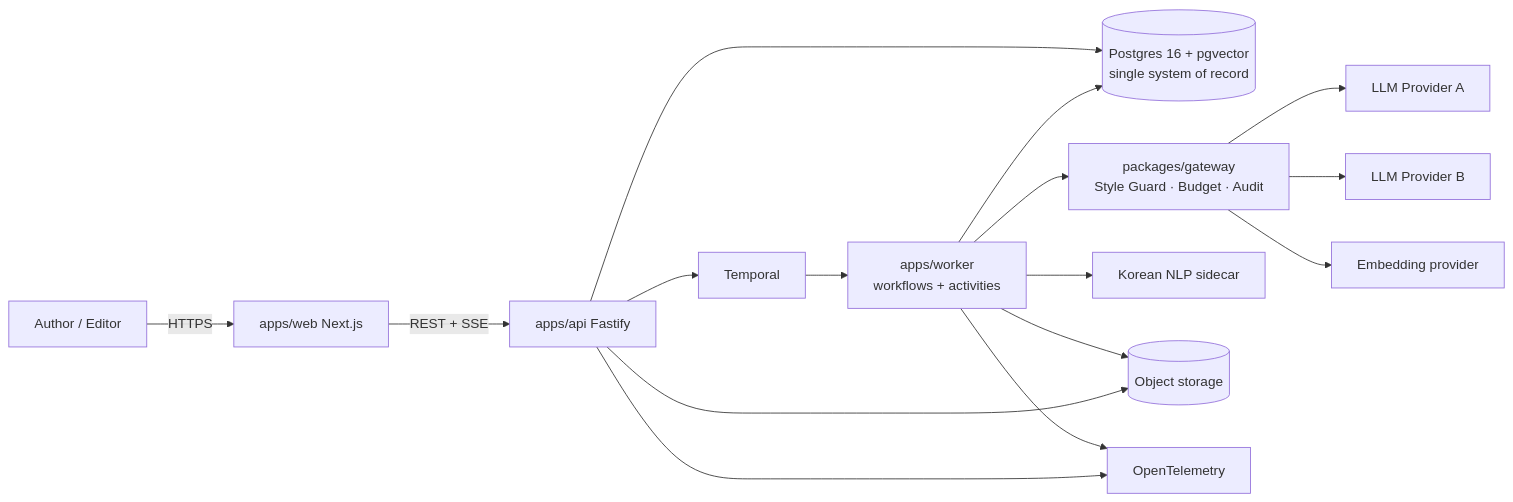
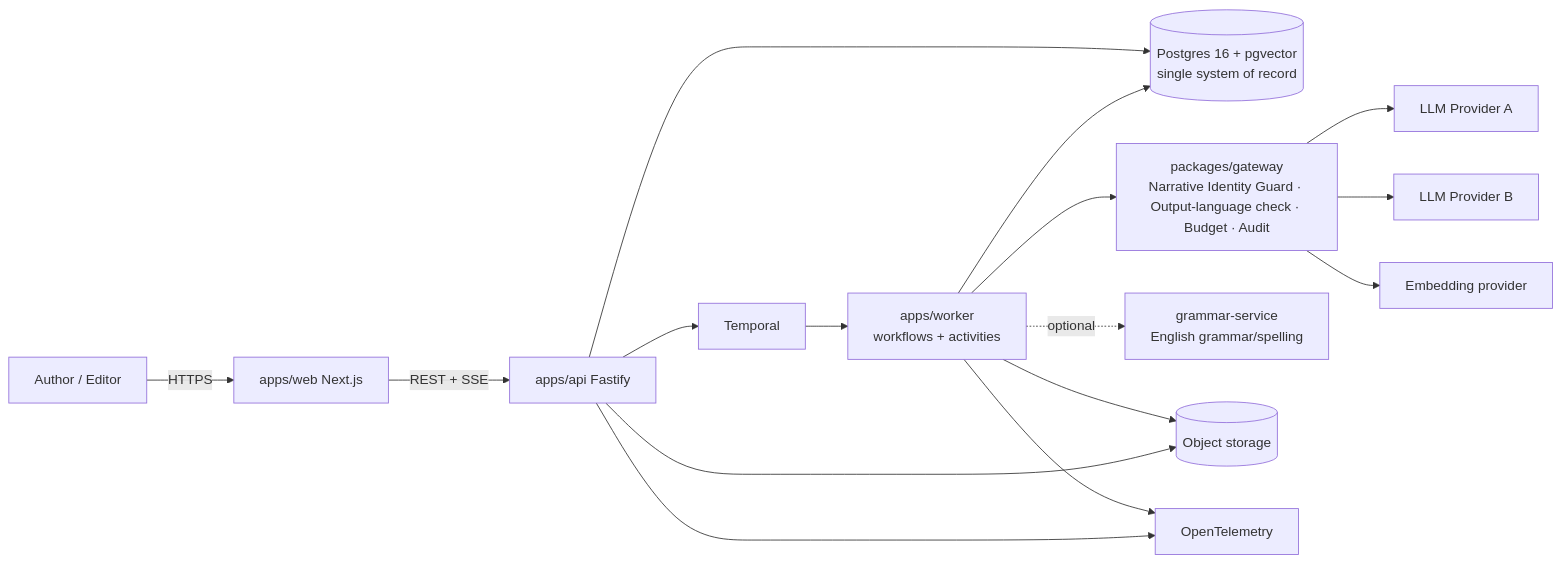
One commit to hsbsbsa/Ubb.- changed the first of 7 diagrams in docs/06-system/09-diagrams.md. Above: the diagram before and after it, drawn with Mermaid. The commit also changed other lines of this file and 12 other files, not shown here.

First line of the commit message:
docs: correct generation pipeline, prompt architecture, role catalog and system docs for English output

````diff
--- a/docs/06-system/09-diagrams.md
+++ b/docs/06-system/09-diagrams.md
@@ -7,18 +7,18 @@
 ```mermaid
 flowchart LR
   U[Author / Editor] -->|HTTPS| WEB[apps/web Next.js]
   WEB -->|REST + SSE| API[apps/api Fastify]
   API --> PG[(Postgres 16 + pgvector\nsingle system of record)]
   API --> TEMP[Temporal]
   TEMP --> WK[apps/worker\nworkflows + activities]
   WK --> PG
-  WK --> GW[packages/gateway\nStyle Guard · Budget · Audit]
+  WK --> GW[packages/gateway\nNarrative Identity Guard · Output-language check · Budget · Audit]
   GW --> P1[LLM Provider A]
   GW --> P2[LLM Provider B]
   GW --> EMB[Embedding provider]
-  WK --> NLP[Korean NLP sidecar]
+  WK -.->|optional| GRM[grammar-service\nEnglish grammar/spelling]
   WK --> S3[(Object storage)]
   API --> S3
   WK --> OTEL[OpenTelemetry]
   API --> OTEL
 ```
````
